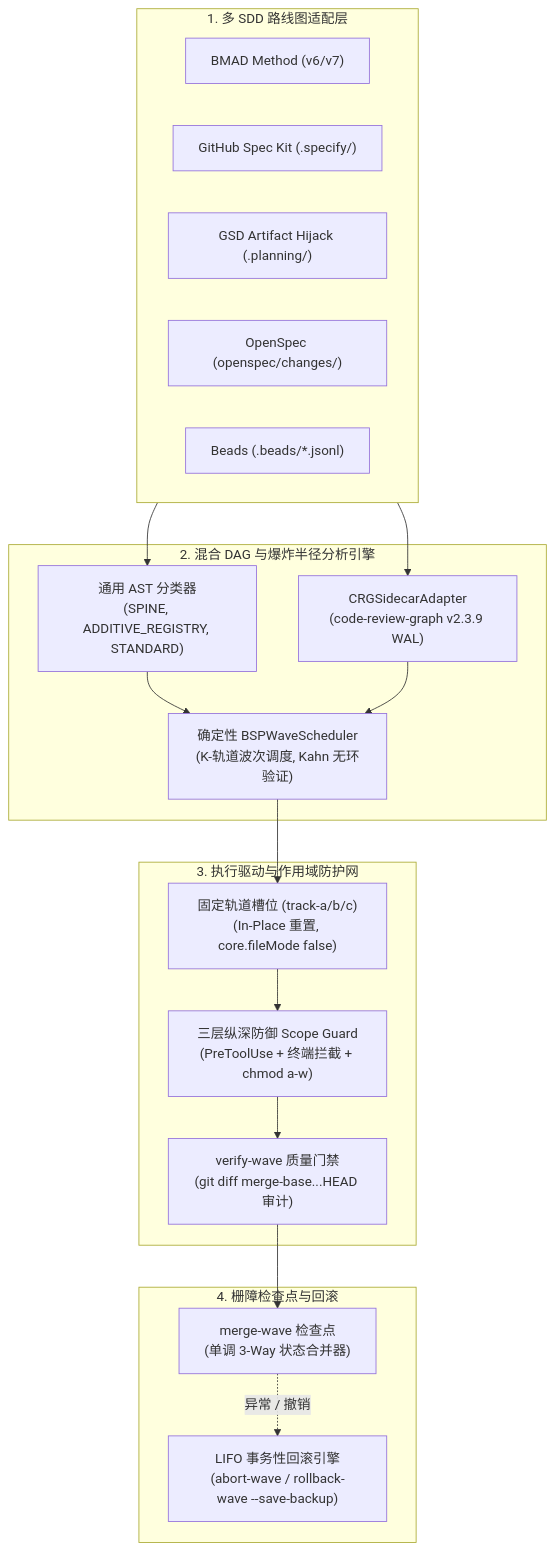
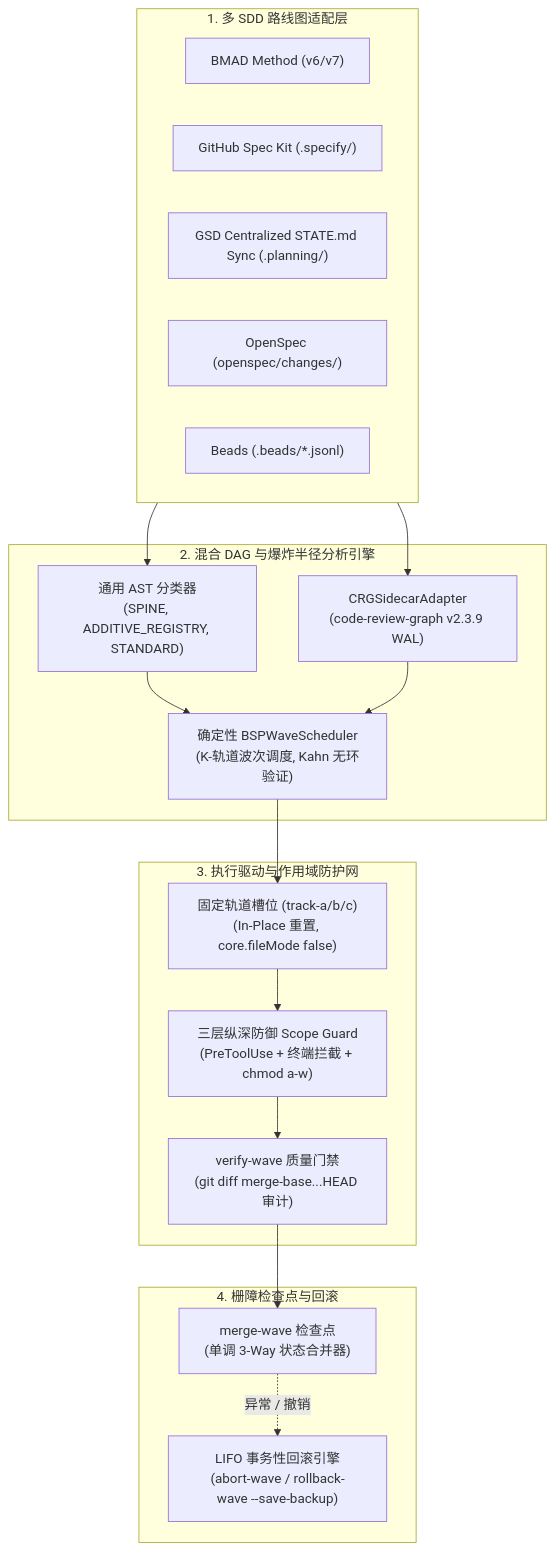
Before and after one commit to stopActingSoSmall/sdd-parallel: the diagram in docs/i18n/zh-CN/README.md, drawn with Mermaid. The commit also changed other lines of this file and 6 other files, not shown here.

````diff
--- a/docs/i18n/zh-CN/README.md
+++ b/docs/i18n/zh-CN/README.md
@@ -578,34 +587,34 @@
 ```mermaid
 flowchart TD
     subgraph Inputs["1. 多 SDD 路线图适配层"]
         BMAD["BMAD Method (v6/v7)"]
         SpecKit["GitHub Spec Kit (.specify/)"]
-        GSD["GSD Artifact Hijack (.planning/)"]
+        GSD["GSD Centralized STATE.md Sync (.planning/)"]
         OpenSpec["OpenSpec (openspec/changes/)"]
         Beads["Beads (.beads/*.jsonl)"]
     end
 
     subgraph Engine["2. 混合 DAG 与爆炸半径分析引擎"]
         AST["通用 AST 分类器\n(SPINE, ADDITIVE_REGISTRY, STANDARD)"]
         CRG["CRGSidecarAdapter\n(code-review-graph v2.3.9 WAL)"]
         BSP["确定性 BSPWaveScheduler\n(K-轨道波次调度, Kahn 无环验证)"]
     end
 
     subgraph Actuation["3. 执行驱动与作用域防护网"]
         Slots["固定轨道槽位 (track-a/b/c)\n(In-Place 重置, core.fileMode false)"]
         Guard["三层纵深防御 Scope Guard\n(PreToolUse + 终端拦截 + chmod a-w)"]
         Verify["verify-wave 质量门禁\n(git diff merge-base...HEAD 审计)"]
     end
 
     subgraph Barrier["4. 栅障检查点与回滚"]
         Merge["merge-wave 检查点\n(单调 3-Way 状态合并器)"]
         Rollback["LIFO 事务性回滚引擎\n(abort-wave / rollback-wave --save-backup)"]
     end
 
     Inputs --> AST & CRG
     AST & CRG --> BSP
     BSP --> Slots
     Slots --> Guard --> Verify
     Verify --> Merge
     Merge -. 异常 / 撤销 .-> Rollback
 ```
````
